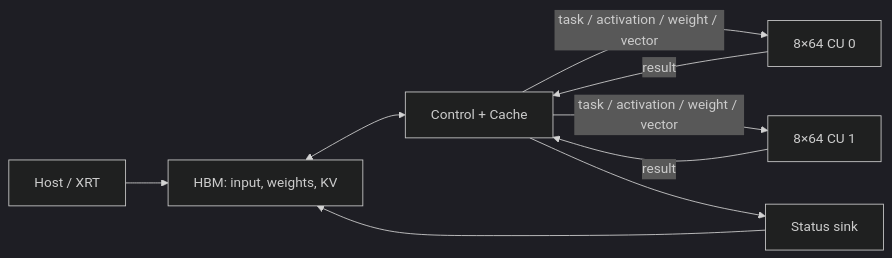
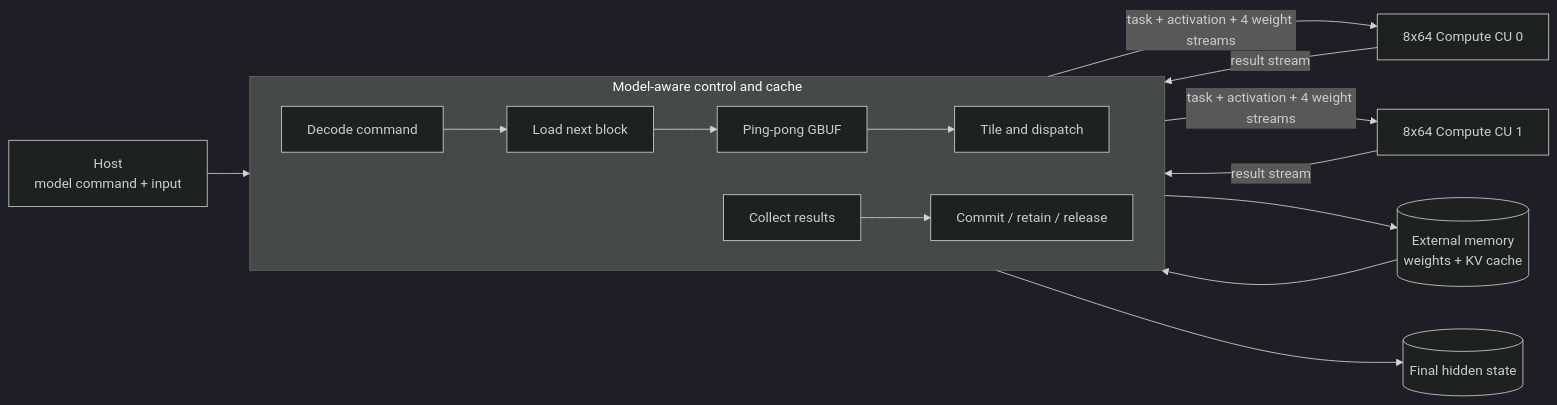
Before and after one commit to TruNcat3/LLM-ACCEL: the first of 2 diagrams in README.md, drawn with Mermaid (dark theme). The commit also changed other lines of this file and 9 other files, not shown here.

````diff
--- a/README.md
+++ b/README.md
@@ -20,11 +42,20 @@
 ```mermaid
 flowchart LR
-    H[Host / XRT] --> M[HBM: input, weights, KV]
-    M <--> C[Control + Cache]
-    C -->|task / activation / weight / vector| U0[8×64 CU 0]
-    C -->|task / activation / weight / vector| U1[8×64 CU 1]
-    U0 -->|result| C
-    U1 -->|result| C
-    C --> S[Status sink]
-    S --> M
+    H[Host<br/>model command + input] --> CMD
+    W[(External memory<br/>weights + KV cache)] --> L
+
+    subgraph CTRL[Model-aware control and cache]
+      direction LR
+      CMD[Decode command] --> L[Load next block]
+      L --> B[Ping-pong GBUF]
+      B --> D[Tile and dispatch]
+      R[Collect results] --> P[Commit / retain / release]
+    end
+
+    D -->|task + activation + 4 weight streams| U0[8x64 Compute CU 0]
+    D -->|task + activation + 4 weight streams| U1[8x64 Compute CU 1]
+    U0 -->|result stream| R
+    U1 -->|result stream| R
+    P --> W
+    P --> O[(Final hidden state)]
 ```
````
